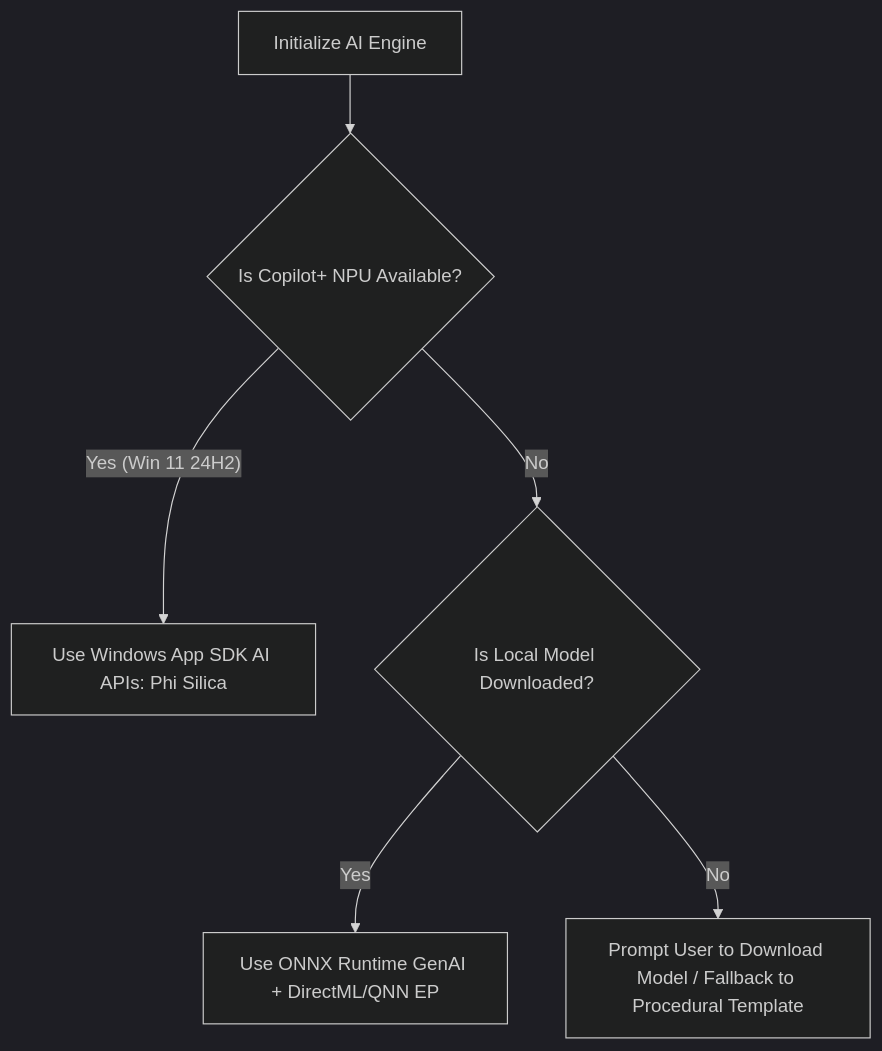
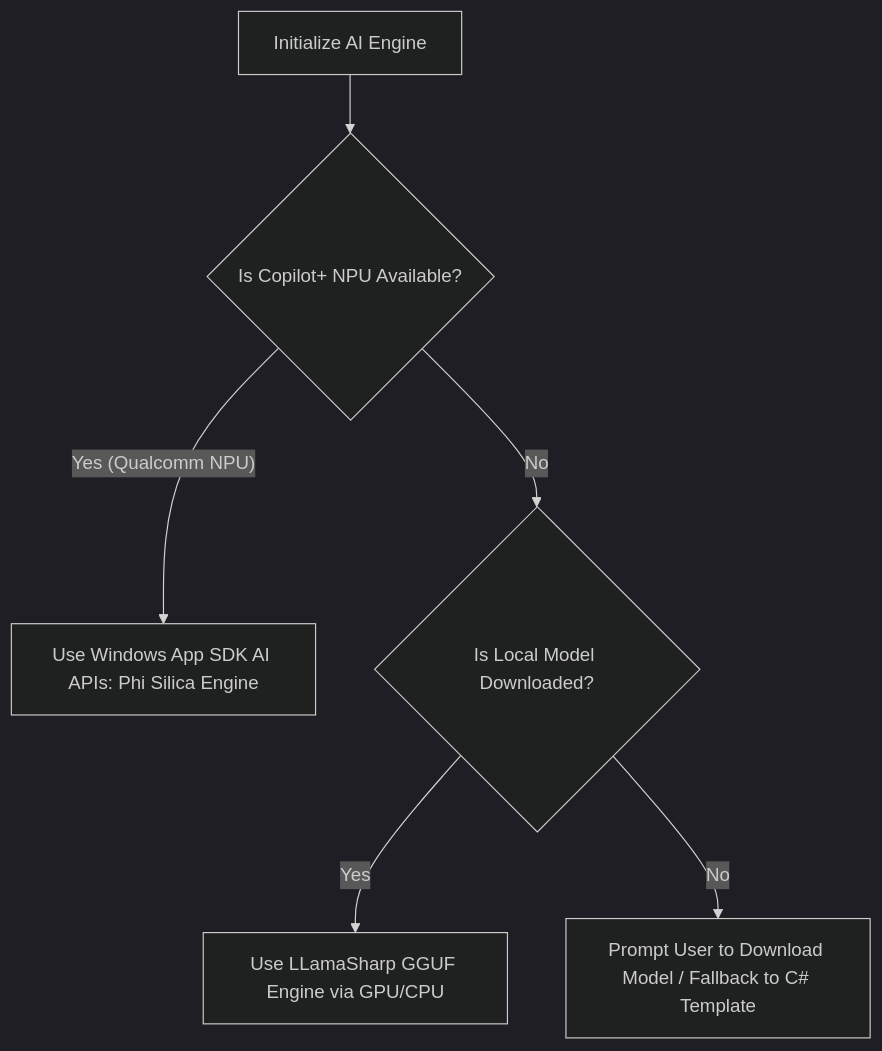
One commit to intellidream/Daily changed the diagram in Docs/Features/Smart/Briefing.md. Above: the diagram before and after it, drawn with Mermaid (dark theme). The commit also changed other lines of this file and 12 other files, not shown here.

Commit message:
Moved to LlamaSharp and got MS LAF token

````diff
--- a/Docs/Features/Smart/Briefing.md
+++ b/Docs/Features/Smart/Briefing.md
@@ -49,8 +49,8 @@
 ```mermaid
 graph TD
     A["Initialize AI Engine"] --> B{"Is Copilot+ NPU Available?"}
-    B -- "Yes (Win 11 24H2)" --> C["Use Windows App SDK AI APIs: Phi Silica"]
+    B -- "Yes (Qualcomm NPU)" --> C["Use Windows App SDK AI APIs: Phi Silica Engine"]
     B -- "No" --> D{"Is Local Model Downloaded?"}
-    D -- "Yes" --> E["Use ONNX Runtime GenAI + DirectML/QNN EP"]
-    D -- "No" --> F["Prompt User to Download Model / Fallback to Procedural Template"]
+    D -- "Yes" --> E["Use LLamaSharp GGUF Engine via GPU/CPU"]
+    D -- "No" --> F["Prompt User to Download Model / Fallback to C# Template"]
 ```
````
